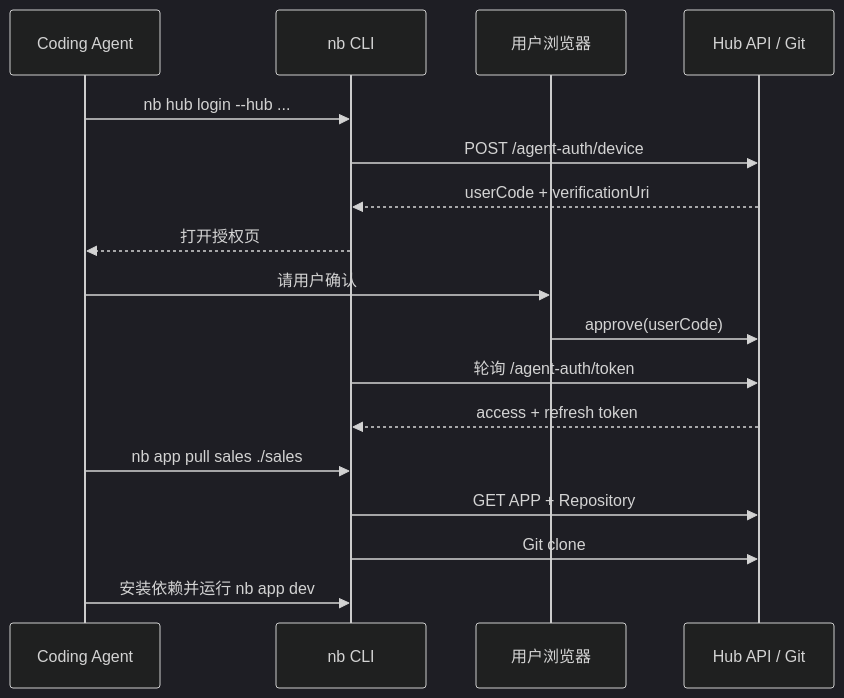
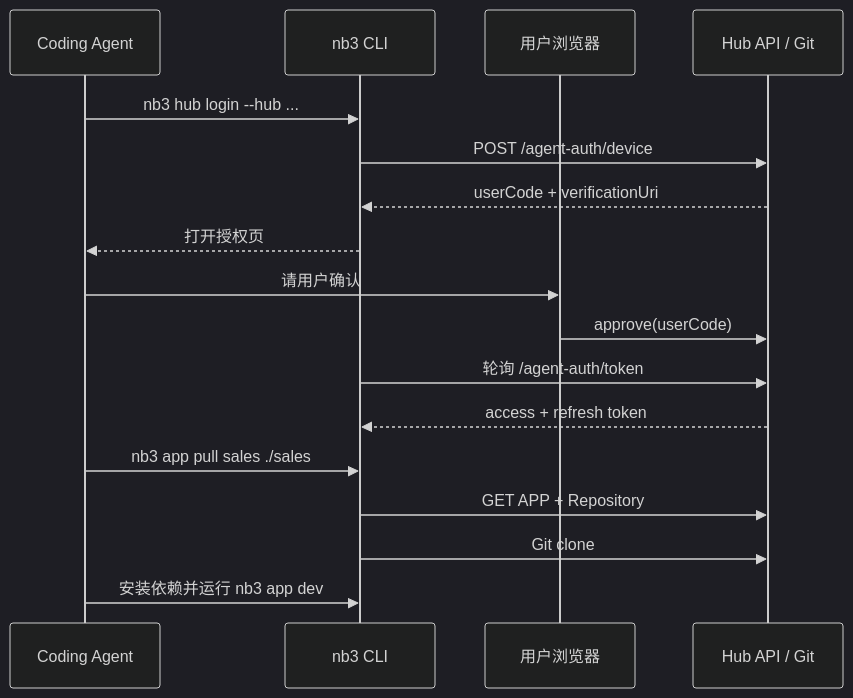
Before and after one commit to nocobase/nocobase3: the fourth of 6 diagrams in docs/design/hub-application-management-api.md, drawn with Mermaid (dark theme). The commit also changed other lines of this file and 72 other files, not shown here.

Commit message:
feat(hub): complete bootstrap and nb3 flows

````diff
--- a/docs/design/hub-application-management-api.md
+++ b/docs/design/hub-application-management-api.md
@@ -2124,20 +2124,20 @@
 ```mermaid
 sequenceDiagram
   participant Agent as Coding Agent
-  participant CLI as nb CLI
+  participant CLI as nb3 CLI
   participant Browser as 用户浏览器
   participant Hub as Hub API / Git
 
-  Agent->>CLI: nb hub login --hub ...
+  Agent->>CLI: nb3 hub login --hub ...
   CLI->>Hub: POST /agent-auth/device
   Hub-->>CLI: userCode + verificationUri
   CLI-->>Agent: 打开授权页
   Agent->>Browser: 请用户确认
   Browser->>Hub: approve(userCode)
   CLI->>Hub: 轮询 /agent-auth/token
   Hub-->>CLI: access + refresh token
-  Agent->>CLI: nb app pull sales ./sales
+  Agent->>CLI: nb3 app pull sales ./sales
   CLI->>Hub: GET APP + Repository
   CLI->>Hub: Git clone
-  Agent->>CLI: 安装依赖并运行 nb app dev
+  Agent->>CLI: 安装依赖并运行 nb3 app dev
 ```
````
